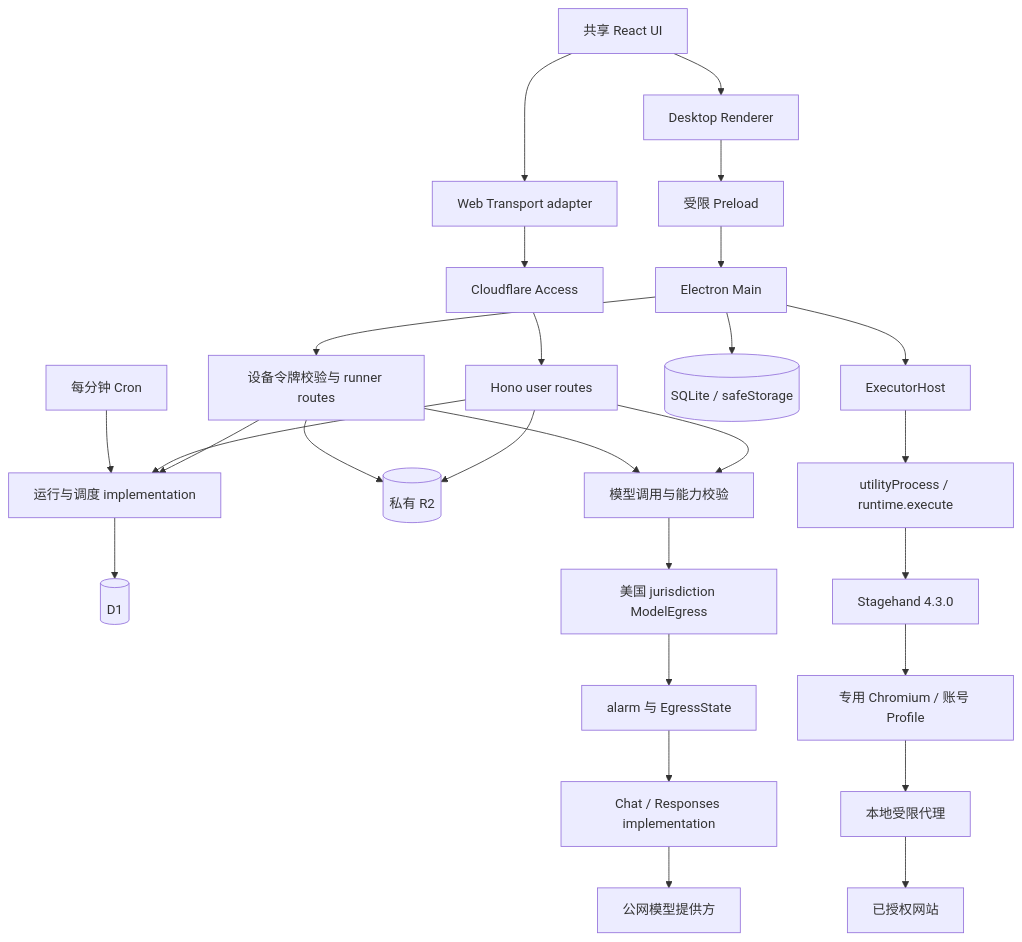
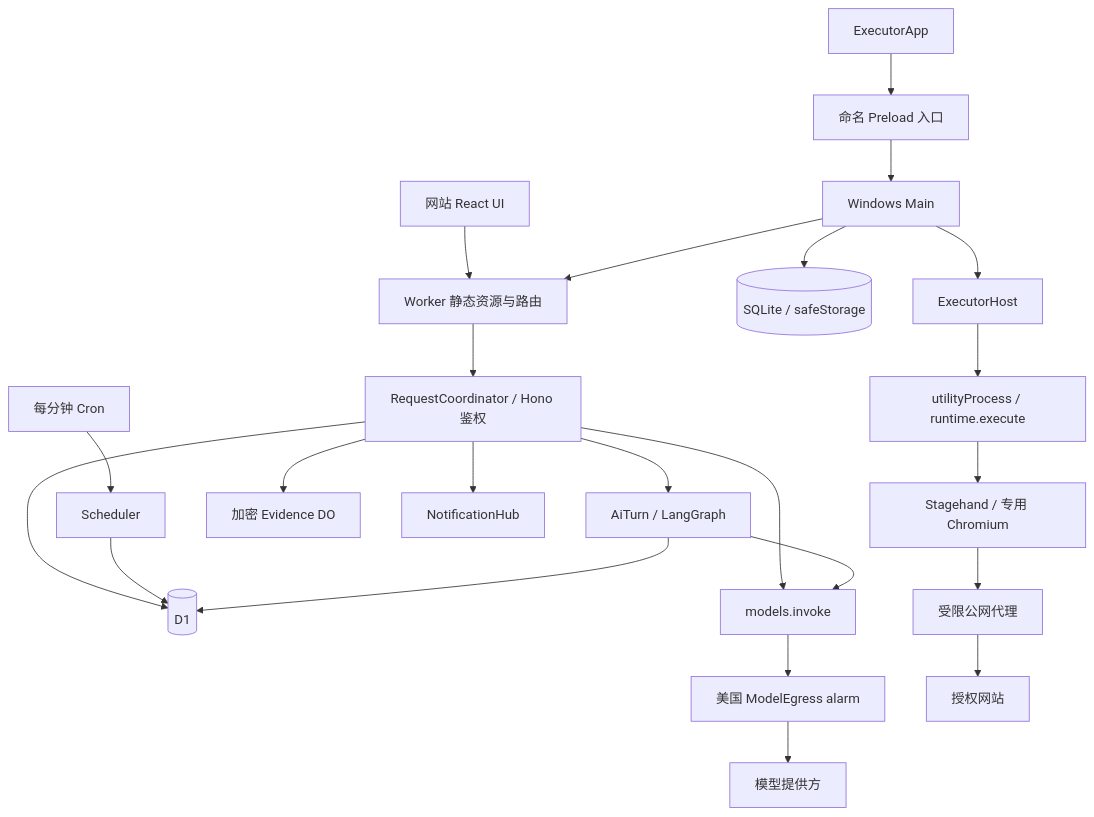
One commit to zhangheng2022/taskrelay changed the first of 4 diagrams in docs/ARCHITECTURE.md. Above: the diagram before and after it, drawn with Mermaid. The commit also changed other lines of this file and 14 other files, not shown here.

````diff
--- a/docs/ARCHITECTURE.md
+++ b/docs/ARCHITECTURE.md
@@ -84,29 +66,25 @@
 ```mermaid
 flowchart TB
-  UI[共享 React UI] --> WEB[Web Transport adapter]
-  UI --> RENDER[Desktop Renderer]
-  WEB --> ACCESS[Cloudflare Access]
-  ACCESS --> WORKER[Hono user routes]
-  RENDER --> PRELOAD[受限 Preload]
-  PRELOAD --> MAIN[Electron Main]
-  MAIN --> DEVICE[设备令牌校验与 runner routes]
-  DEVICE --> STORE[运行与调度 implementation]
-  WORKER --> STORE
-  CRON[每分钟 Cron] --> STORE
-  STORE --> D1[(D1)]
-  WORKER --> R2[(私有 R2)]
-  DEVICE --> R2
-  WORKER --> MODEL[模型调用与能力校验]
-  DEVICE --> MODEL
-  MODEL --> EGRESS[美国 jurisdiction ModelEgress]
-  EGRESS --> ALARM[alarm 与 EgressState]
-  ALARM --> INFER[Chat / Responses implementation]
-  INFER --> PROVIDER[公网模型提供方]
+  WEB[网站 React UI] --> WORKER[Worker 静态资源与路由]
+  MAIN[Windows Main] --> WORKER
+  WORKER --> REQUEST[RequestCoordinator / Hono 鉴权]
+  CRON[每分钟 Cron] --> SCHED[Scheduler]
+  REQUEST --> D1[(D1)]
+  SCHED --> D1
+  REQUEST --> TURN[AiTurn / LangGraph]
+  TURN --> D1
+  REQUEST --> EVIDENCE[加密 Evidence DO]
+  REQUEST --> NOTICE[NotificationHub]
+  REQUEST --> MODEL[models.invoke]
+  TURN --> MODEL
+  MODEL --> EGRESS[美国 ModelEgress alarm]
+  EGRESS --> PROVIDER[模型提供方]
+  RENDER[ExecutorApp] --> PRELOAD[命名 Preload 入口]
+  PRELOAD --> MAIN
   MAIN --> SQLITE[(SQLite / safeStorage)]
   MAIN --> HOST[ExecutorHost]
   HOST --> CHILD[utilityProcess / runtime.execute]
-  CHILD --> STAGE[Stagehand 4.3.0]
-  STAGE --> CHROME[专用 Chromium / 账号 Profile]
-  CHROME --> PROXY[本地受限代理]
-  PROXY --> SITE[已授权网站]
+  CHILD --> BROWSER[Stagehand / 专用 Chromium]
+  BROWSER --> PROXY[受限公网代理]
+  PROXY --> SITE[授权网站]
 ```
````
